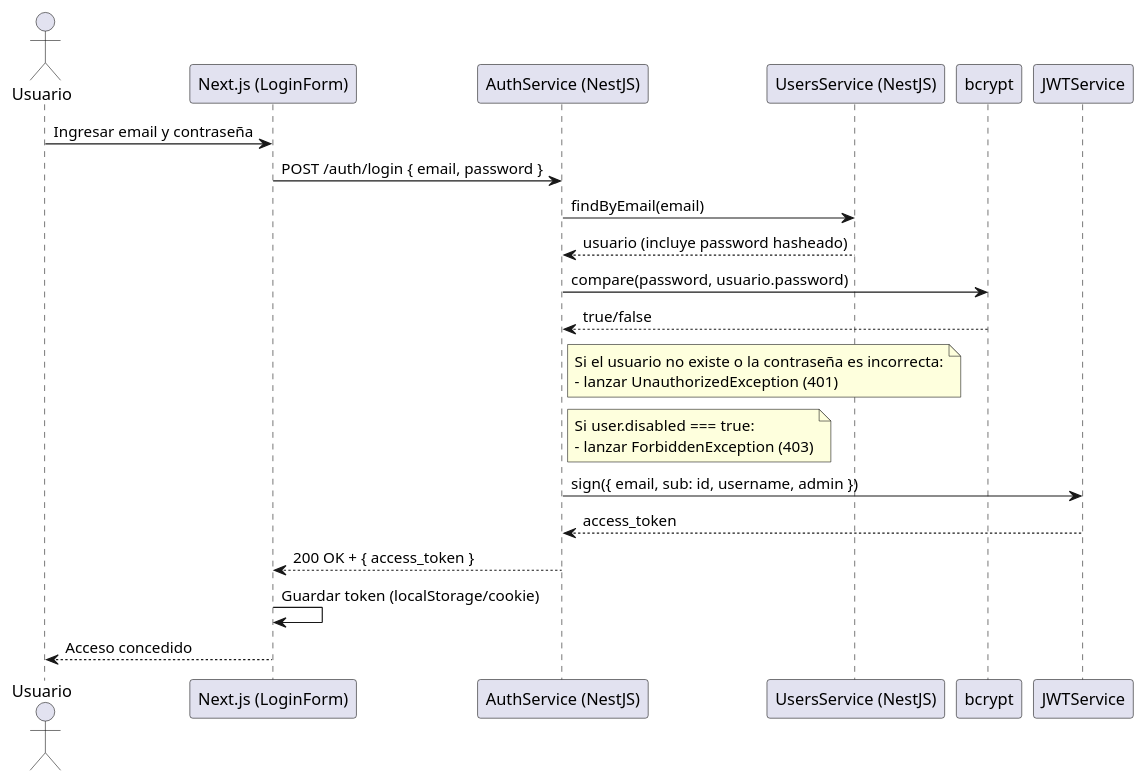
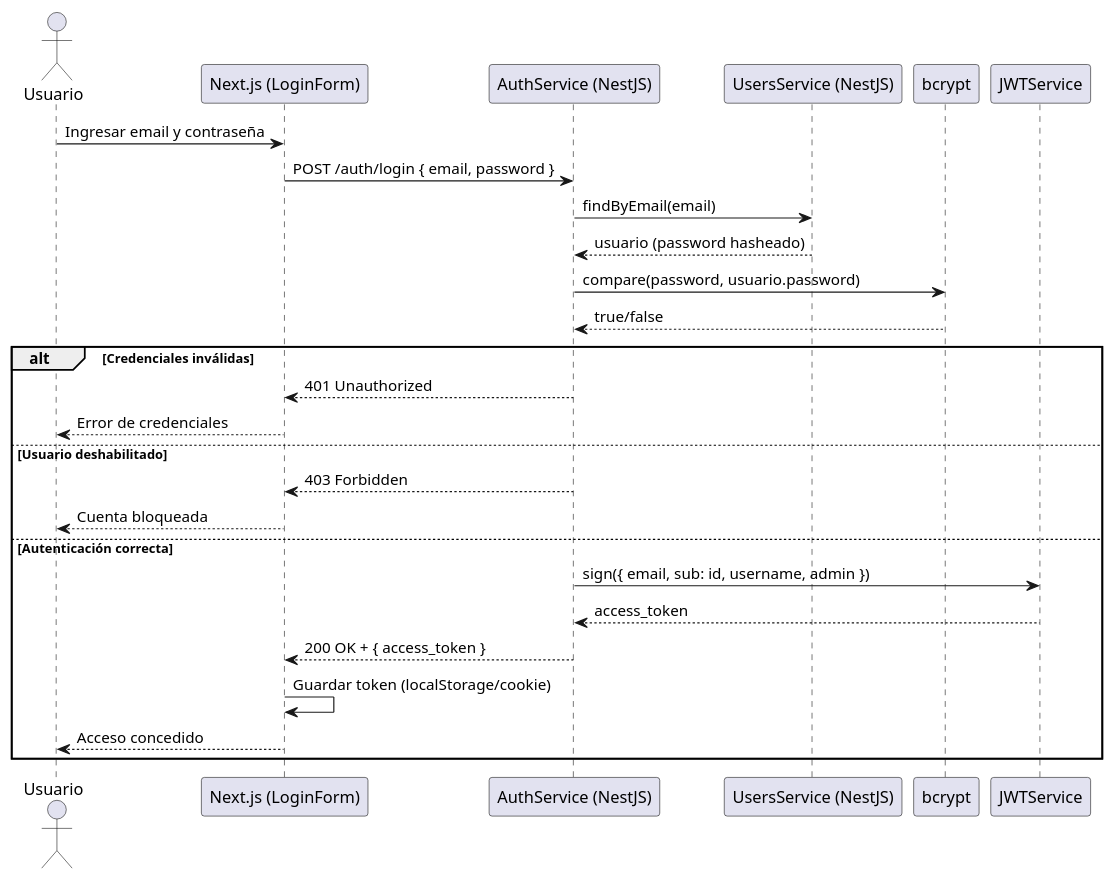
Before and after one commit to LucasFrey-tech/Biblioteca: the diagram in documentacion/Diagrama Secuencial/login.puml, drawn with PlantUML. The commit also changed 1 other file, not shown here.

Commit message:
Fix Diagrama Secuencial

```diff
--- a/documentacion/Diagrama Secuencial/login.puml
+++ b/documentacion/Diagrama Secuencial/login.puml
@@ -1,46 +1,31 @@
 @startuml login
-
-actor Usuario
-participant "Next.js (LoginForm)" as Next
-participant "AuthService (NestJS)" as AuthService
-participant "UsersService (NestJS)" as UsersService
-participant "bcrypt"
-participant "JWTService" as JWT
-
 actor Usuario
 participant "Next.js (LoginForm)" as Next
 participant "AuthService (NestJS)" as AuthService
 participant "UsersService (NestJS)" as UsersService
 participant "bcrypt"
 participant "JWTService" as JWT
 
 Usuario -> Next: Ingresar email y contraseña
 Next -> AuthService: POST /auth/login { email, password }
 
 AuthService -> UsersService: findByEmail(email)
-UsersService --> AuthService: usuario (incluye password hasheado)
+UsersService --> AuthService: usuario (password hasheado)
 
 AuthService -> bcrypt: compare(password, usuario.password)
 bcrypt --> AuthService: true/false
 
-' Validación de credenciales
-note right of AuthService
-  Si el usuario no existe o la contraseña es incorrecta:
-  - lanzar UnauthorizedException (401)
-end note
-
-' Verificación de bloqueo
-note right of AuthService
-  Si user.disabled === true:
-  - lanzar ForbiddenException (403)
-end note
-
-AuthService -> JWT: sign({ email, sub: id, username, admin })
-JWT --> AuthService: access_token
-
-AuthService --> Next: 200 OK + { access_token }
-Next -> Next: Guardar token (localStorage/cookie)
-Next --> Usuario: Acceso concedido
-
-
+alt Credenciales inválidas
+    AuthService --> Next: 401 Unauthorized
+    Next --> Usuario: Error de credenciales
+else Usuario deshabilitado
+    AuthService --> Next: 403 Forbidden
+    Next --> Usuario: Cuenta bloqueada
+else Autenticación correcta
+    AuthService -> JWT: sign({ email, sub: id, username, admin })
+    JWT --> AuthService: access_token
+    AuthService --> Next: 200 OK + { access_token }
+    Next -> Next: Guardar token (localStorage/cookie)
+    Next --> Usuario: Acceso concedido
+end
 @enduml
```
